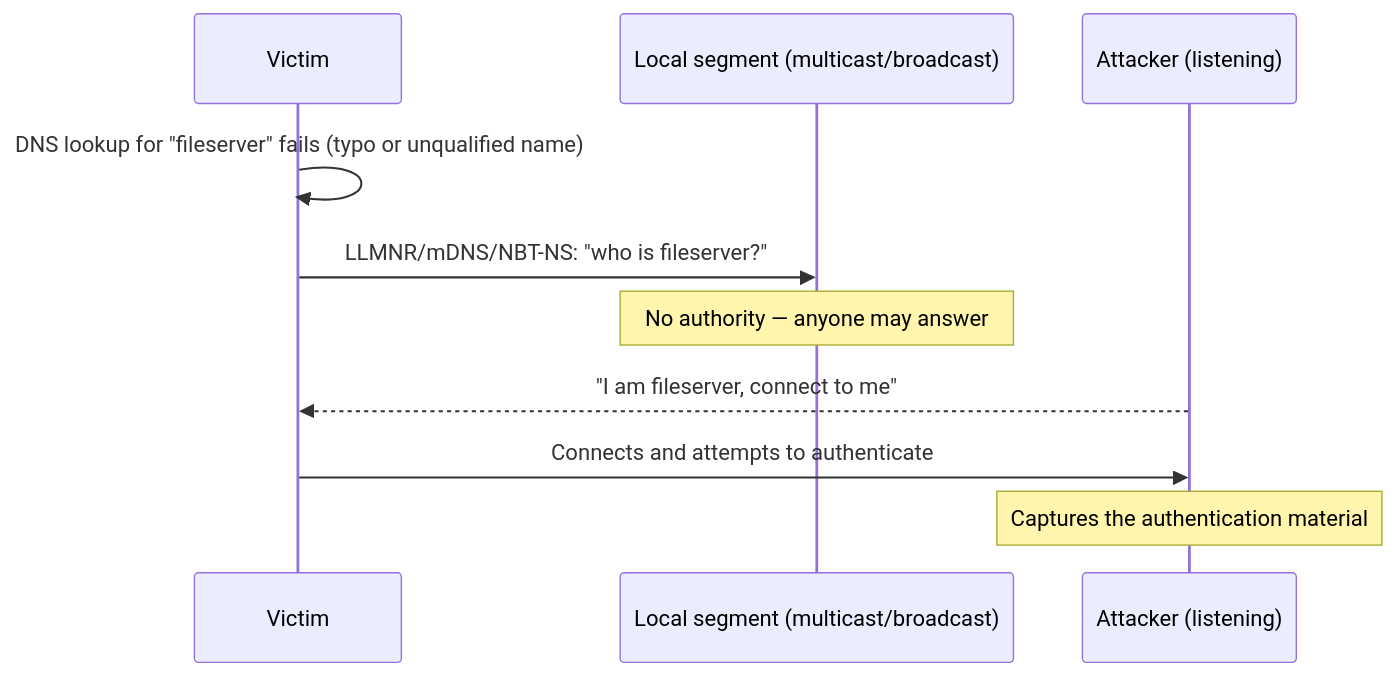
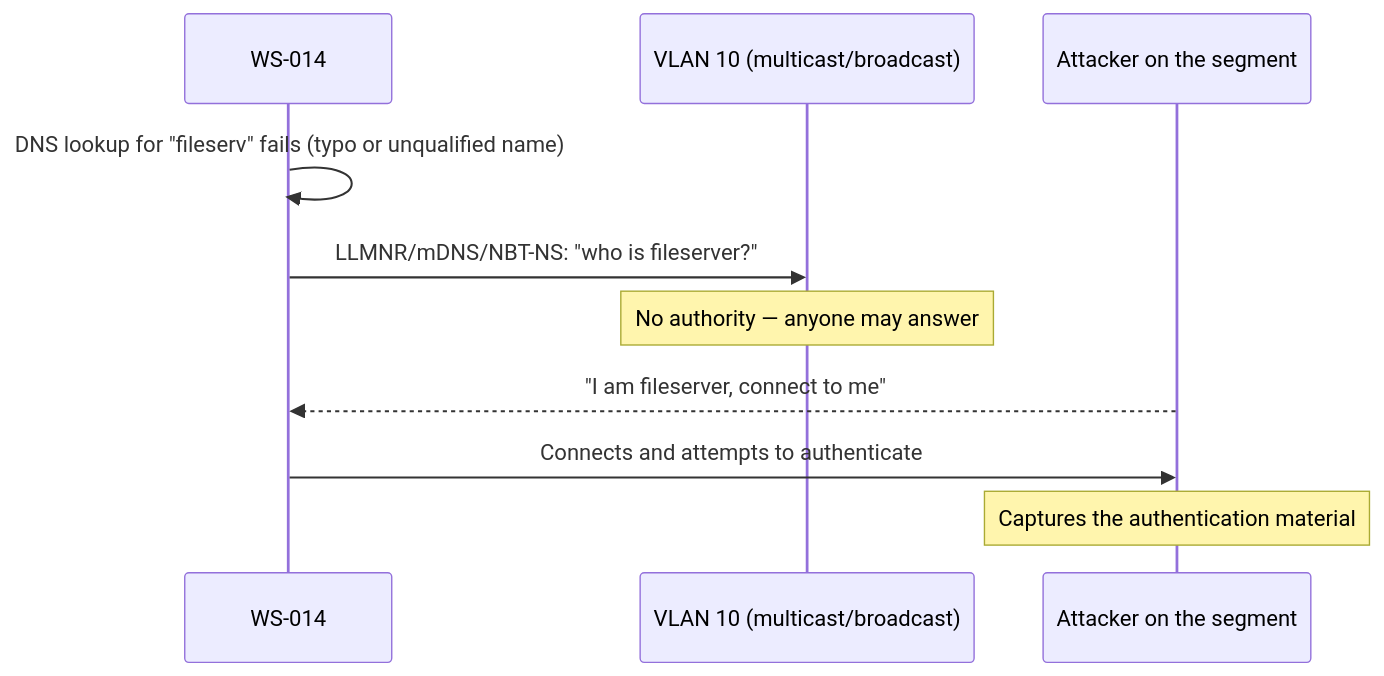
The diagram in Networking/Core Network Services/Local Name Resolution & Service Discovery.md (nnr-root/cybersec-crook2root-notes), drawn with Mermaid before and after one commit. The commit also changed other lines of this file and 6 other files, not shown here.

````diff
--- a/Networking/Core Network Services/Local Name Resolution & Service Discovery.md
+++ b/Networking/Core Network Services/Local Name Resolution & Service Discovery.md
@@ -68,12 +68,12 @@
 ```mermaid
 sequenceDiagram
-    participant V as Victim
-    participant Seg as Local segment (multicast/broadcast)
-    participant A as Attacker (listening)
-    V->>V: DNS lookup for "fileserver" fails (typo or unqualified name)
+    participant V as WS-014
+    participant Seg as VLAN 10 (multicast/broadcast)
+    participant A as Attacker on the segment
+    V->>V: DNS lookup for "fileserv" fails (typo or unqualified name)
     V->>Seg: LLMNR/mDNS/NBT-NS: "who is fileserver?"
     Note over Seg: No authority — anyone may answer
     A-->>V: "I am fileserver, connect to me"
     V->>A: Connects and attempts to authenticate
     Note over A: Captures the authentication material
 ```
````
